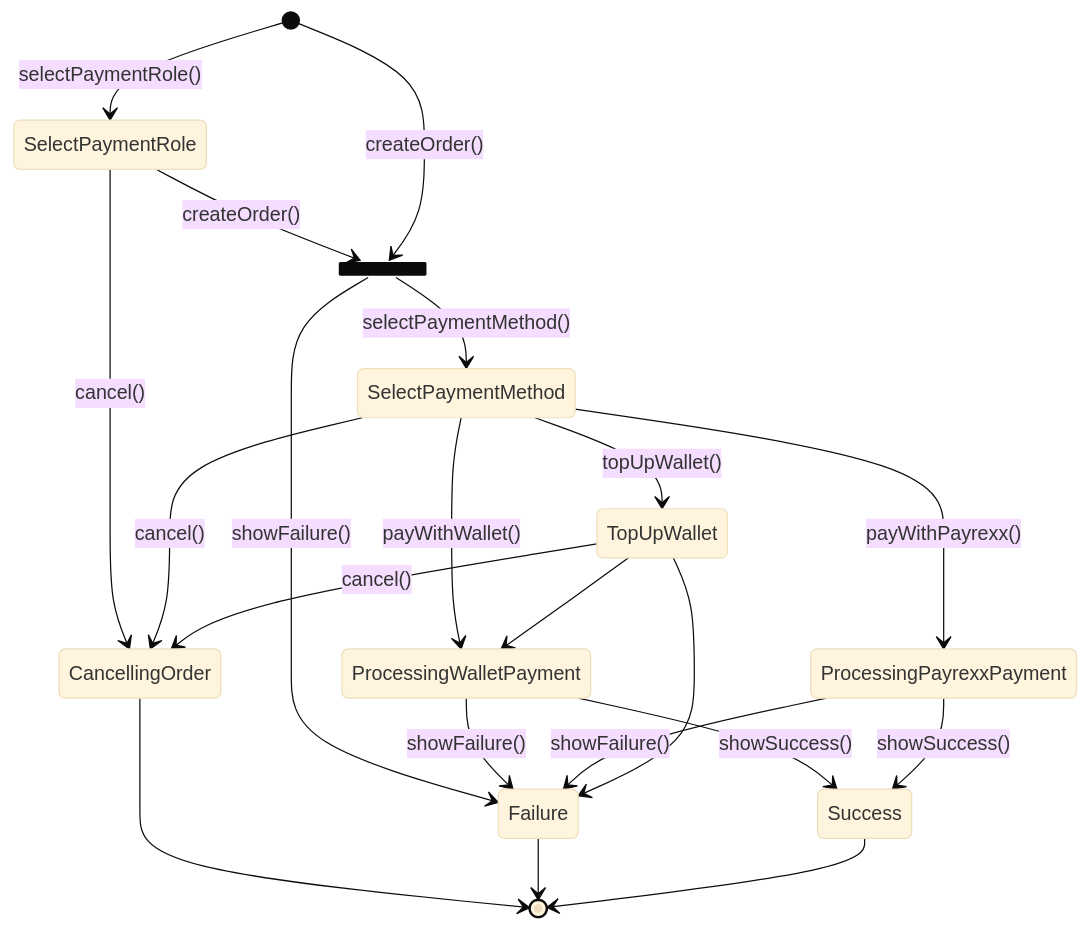
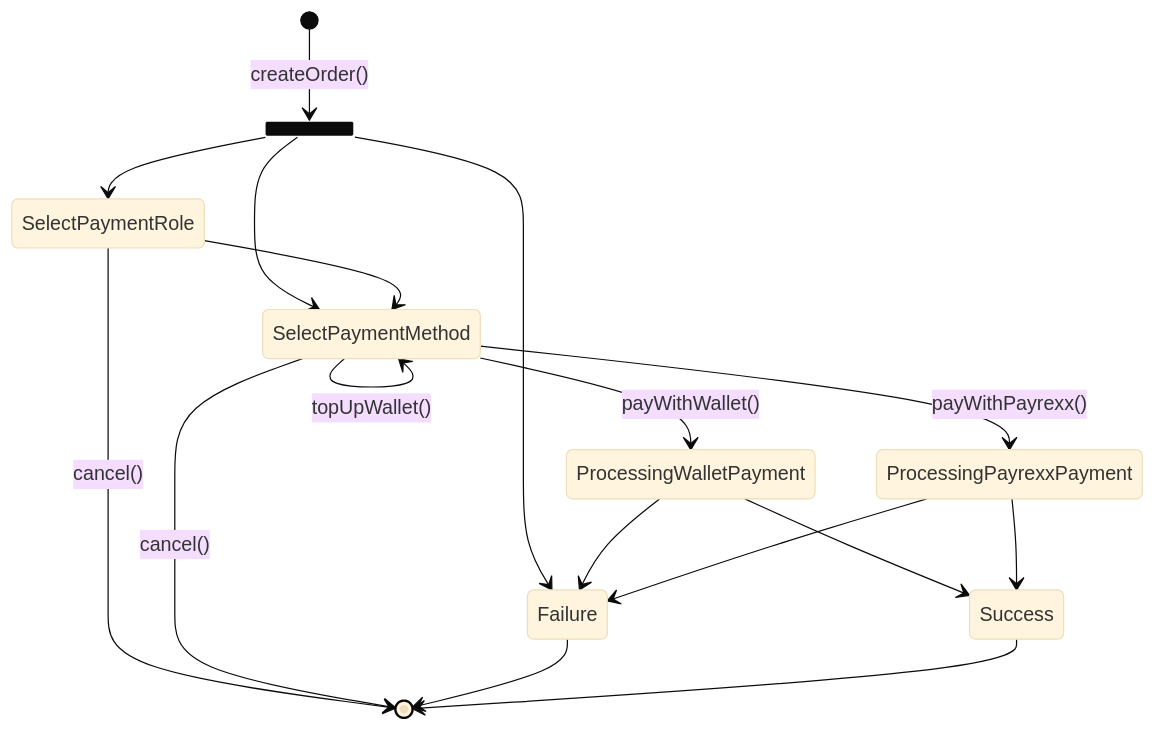
One commit to quartier-depot/self-checkout changed the diagram in doc/statechart-payment.md. Above: the diagram before and after it, drawn with Mermaid (base theme). The commit also changed 12 other files, not shown here.

````diff
--- a/doc/statechart-payment.md
+++ b/doc/statechart-payment.md
@@ -1,34 +1,28 @@
 ```mermaid
 
 stateDiagram
-    state CreatingOrder <<join>>
+    state CreatingOrder <<fork>>
     
-    [*] --> SelectPaymentRole: selectPaymentRole()
-    SelectPaymentRole --> CreatingOrder: createOrder()
     [*] --> CreatingOrder: createOrder()
-
-    SelectPaymentRole --> CancellingOrder: cancel()
-        
-    CreatingOrder --> SelectPaymentMethod: selectPaymentMethod()
-    CreatingOrder --> Failure: showFailure()
-
-    SelectPaymentMethod --> TopUpWallet: topUpWallet()
+    
+    CreatingOrder --> SelectPaymentRole
+    CreatingOrder --> SelectPaymentMethod
+    CreatingOrder --> Failure
+    
+    SelectPaymentRole --> [*]: cancel()
+    SelectPaymentRole --> SelectPaymentMethod
+    
+    SelectPaymentMethod --> SelectPaymentMethod: topUpWallet()
     SelectPaymentMethod --> ProcessingWalletPayment: payWithWallet()
     SelectPaymentMethod --> ProcessingPayrexxPayment: payWithPayrexx()
-    SelectPaymentMethod --> CancellingOrder: cancel()
+    SelectPaymentMethod --> [*]: cancel()
 
-    ProcessingWalletPayment --> Success: showSuccess()
-    ProcessingWalletPayment --> Failure: showFailure()
+    ProcessingWalletPayment --> Success
+    ProcessingWalletPayment --> Failure
 
-    ProcessingPayrexxPayment --> Success: showSuccess()
-    ProcessingPayrexxPayment --> Failure: showFailure()
-
-    TopUpWallet --> ProcessingWalletPayment
-    TopUpWallet --> Failure
-    TopUpWallet --> CancellingOrder: cancel()
-
-    CancellingOrder --> [*]
+    ProcessingPayrexxPayment --> Success
+    ProcessingPayrexxPayment --> Failure
     
     Failure --> [*]
     Success --> [*]
 ```
````
